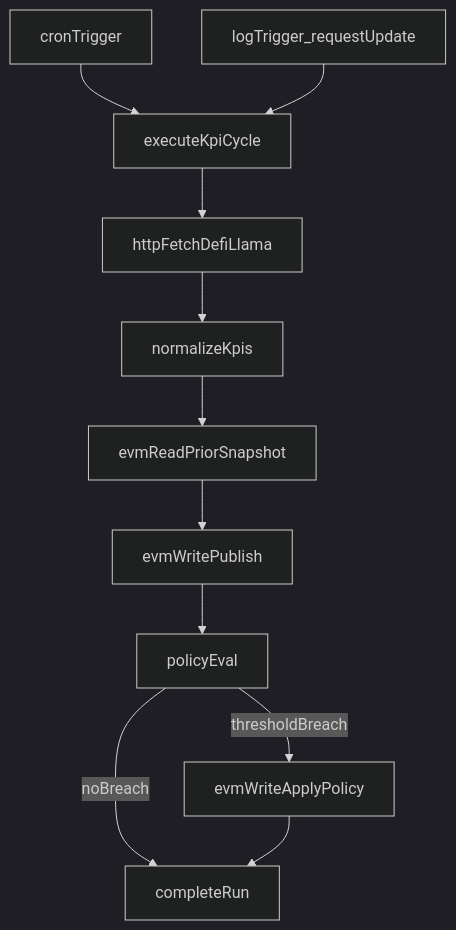
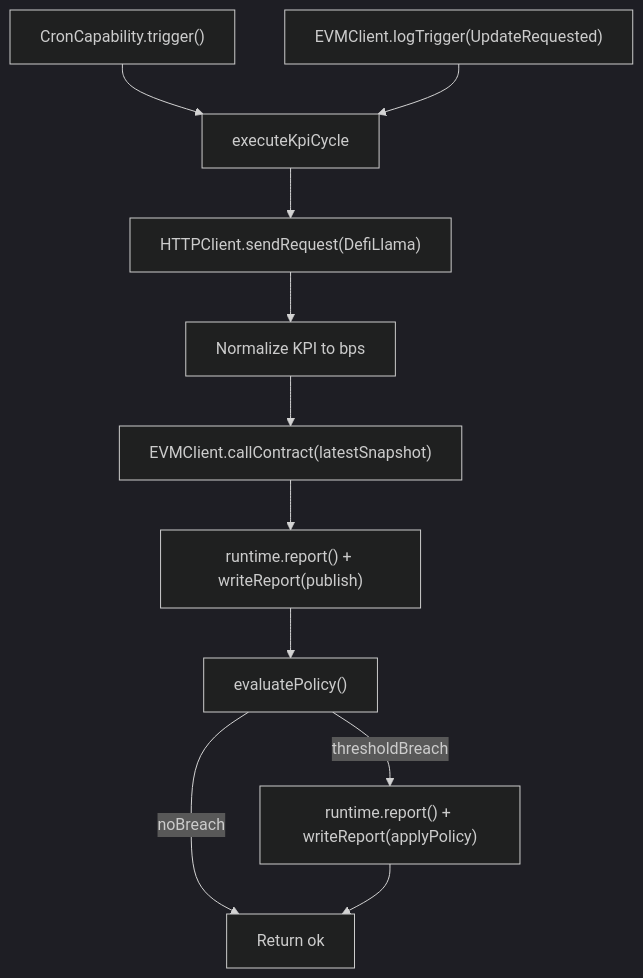
The diagram in docs/ARCHITECTURE.md (PenneconDavid/defi-kpi-publisher), drawn with Mermaid (dark theme) before and after one commit. The commit also changed other lines of this file and 14 other files, not shown here.

````diff
--- a/docs/ARCHITECTURE.md
+++ b/docs/ARCHITECTURE.md
@@ -15,13 +19,13 @@
 ```mermaid
 flowchart TD
-  cronTrigger[cronTrigger] --> executeKpiCycle
-  logTrigger[logTrigger_requestUpdate] --> executeKpiCycle
-  executeKpiCycle --> httpFetchDefiLlama
-  httpFetchDefiLlama --> normalizeKpis
-  normalizeKpis --> evmReadPriorSnapshot
-  evmReadPriorSnapshot --> evmWritePublish
-  evmWritePublish --> policyEval
-  policyEval -->|thresholdBreach| evmWriteApplyPolicy
-  policyEval -->|noBreach| completeRun
-  evmWriteApplyPolicy --> completeRun
+  cronTrigger["CronCapability.trigger()"] --> executeKpiCycle
+  logTrigger["EVMClient.logTrigger(UpdateRequested)"] --> executeKpiCycle
+  executeKpiCycle --> httpFetch["HTTPClient.sendRequest(DefiLlama)"]
+  httpFetch --> normalize["Normalize KPI to bps"]
+  normalize --> evmRead["EVMClient.callContract(latestSnapshot)"]
+  evmRead --> report1["runtime.report() + writeReport(publish)"]
+  report1 --> policyEval["evaluatePolicy()"]
+  policyEval -->|thresholdBreach| report2["runtime.report() + writeReport(applyPolicy)"]
+  policyEval -->|noBreach| completeRun["Return ok"]
+  report2 --> completeRun
 ```
````
